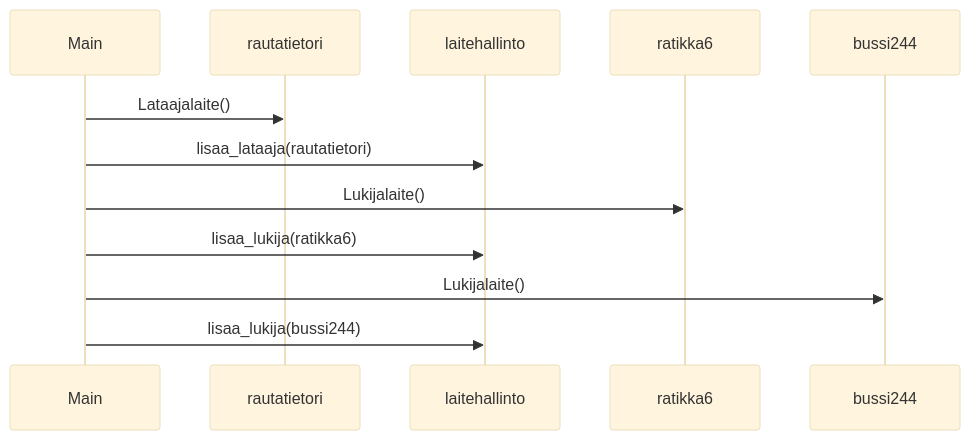
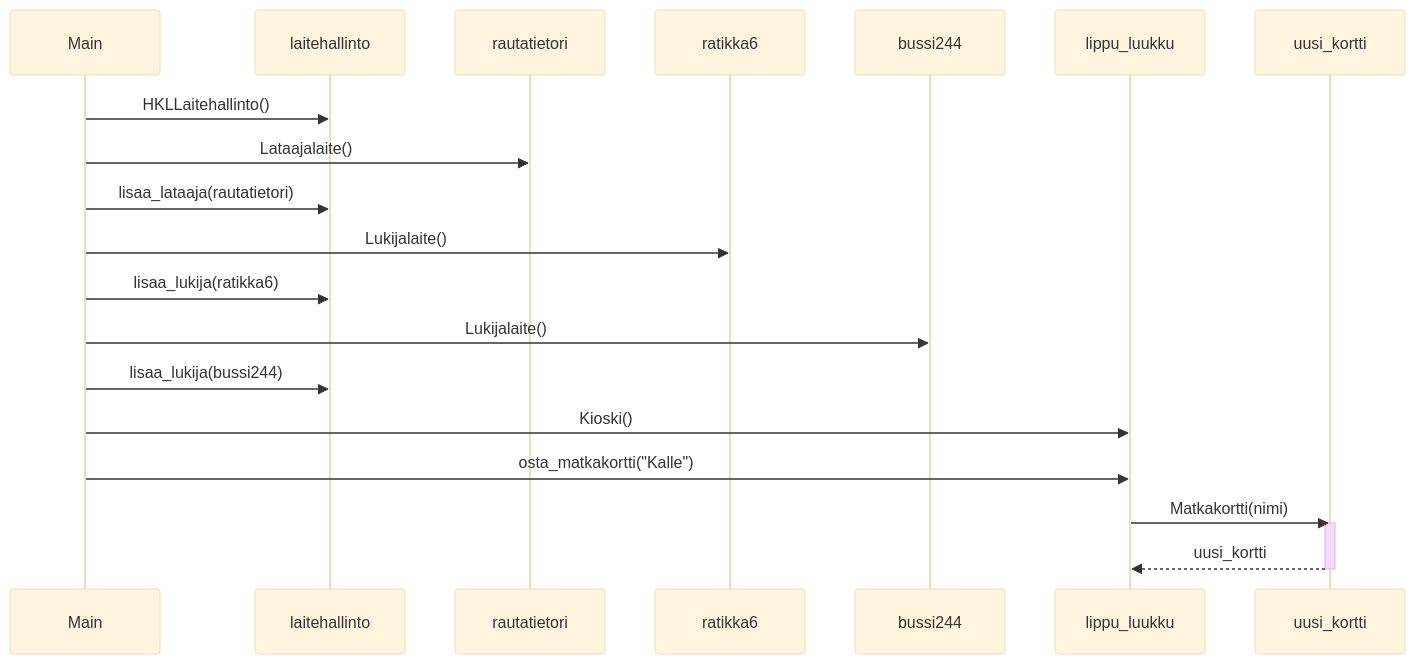
Before and after one commit to SouperSalamander/ot-harjoitustyo: the diagram in laskarit/viikko3/HSL.md, drawn with Mermaid (base theme).

````diff
--- a/laskarit/viikko3/HSL.md
+++ b/laskarit/viikko3/HSL.md
@@ -1,9 +1,16 @@
 ```mermaid
  sequenceDiagram
+    Main ->> laitehallinto: HKLLaitehallinto()
     Main ->> rautatietori: Lataajalaite()
     Main ->> laitehallinto: lisaa_lataaja(rautatietori)
     Main ->> ratikka6: Lukijalaite()
     Main ->> laitehallinto: lisaa_lukija(ratikka6)
     Main ->> bussi244: Lukijalaite()
     Main ->> laitehallinto: lisaa_lukija(bussi244)
+    Main ->> lippu_luukku: Kioski()
+    Main ->> lippu_luukku: osta_matkakortti("Kalle")
+    lippu_luukku ->> uusi_kortti: Matkakortti(nimi)
+    activate uusi_kortti
+    uusi_kortti -->> lippu_luukku: uusi_kortti
+    deactivate uusi_kortti
 ```
````
